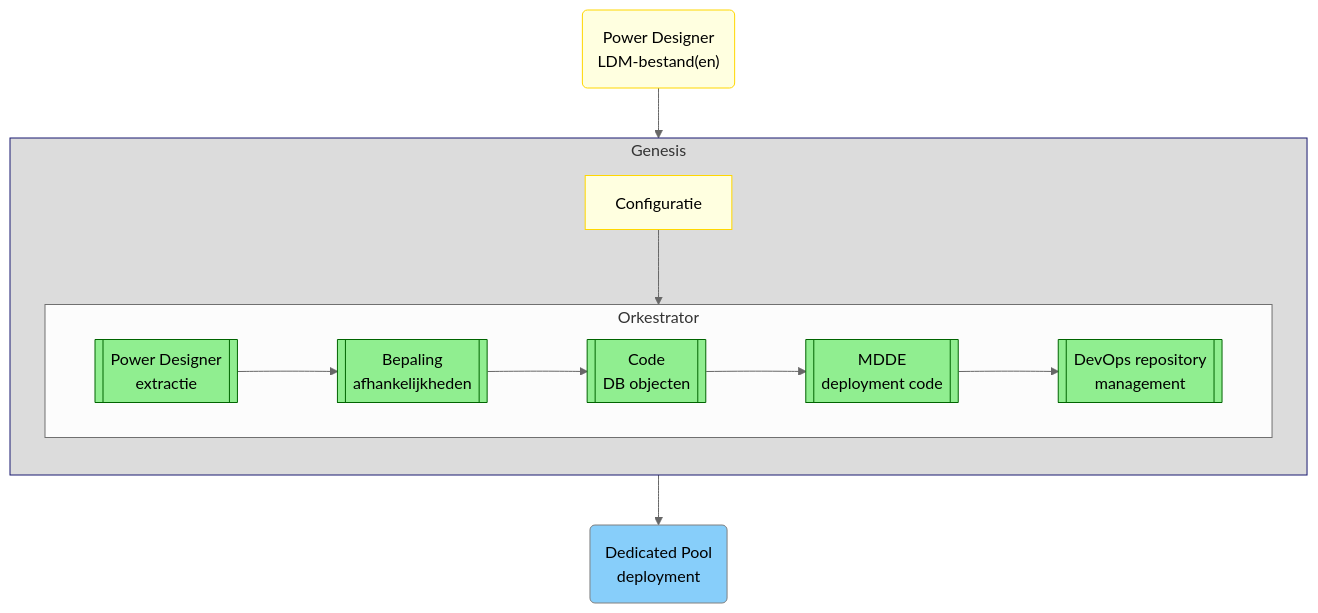
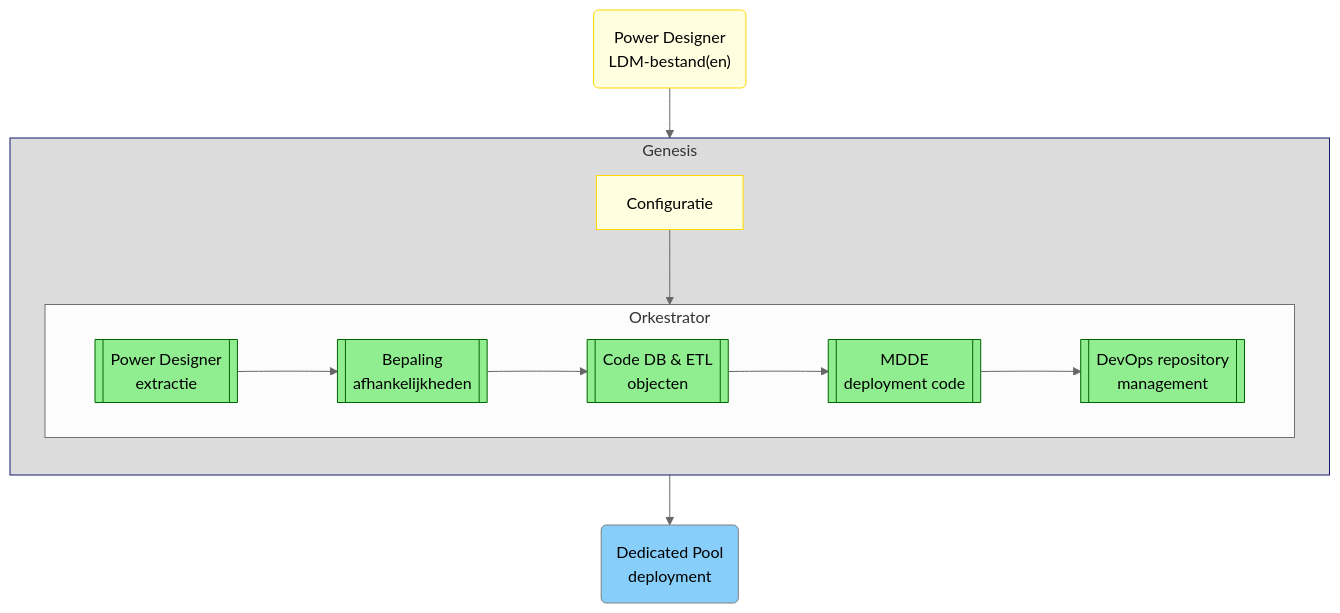
One commit to mark-me/temp changed the diagram in etl_templates/docs/index.md. Above: the diagram before and after it, drawn with Mermaid (neutral theme). The commit also changed 6 other files, not shown here.

````diff
--- a/etl_templates/docs/index.md
+++ b/etl_templates/docs/index.md
@@ -13,35 +13,35 @@
 ```mermaid
 graph
     PDDocument("Power Designer<br>LDM-bestand(en)")
 
     subgraph Genesis
     direction TB
     Configuratie
         subgraph Orkestrator
         direction LR
             RETW[["Power Designer<br>extractie"]]
             Dependency[["Bepaling<br>afhankelijkheden"]]
-            Generator[["Code<br>DB objecten"]]
+            Generator[["Code DB & ETL<br>objecten"]]
             DeployMDDE[["MDDE<br>deployment code"]]
             RepositoryHandler[["DevOps repository<br>management"]]
         end
     end
     DedicatedPool("Dedicated Pool<br>deployment")
     PDDocument --> Genesis
     Genesis --> DedicatedPool
 
     Configuratie --> Orkestrator
 
     RETW --> Dependency
     Dependency --> Generator
     Generator --> DeployMDDE
     DeployMDDE --> RepositoryHandler
 
     style PDDocument fill:#FFFFE0,stroke:#FFD700;
     style Configuratie fill:#FFFFE0,stroke:#FFD700;
     style DedicatedPool fill:#87CEFA,stroke:#808080;
     style Genesis fill:#DCDCDC,stroke:#191970;
 
     classDef functional fill:#90EE90,stroke:#006400;
     class RETW,Dependency,Generator,DeployMDDE,RepositoryHandler functional
 ```
````
